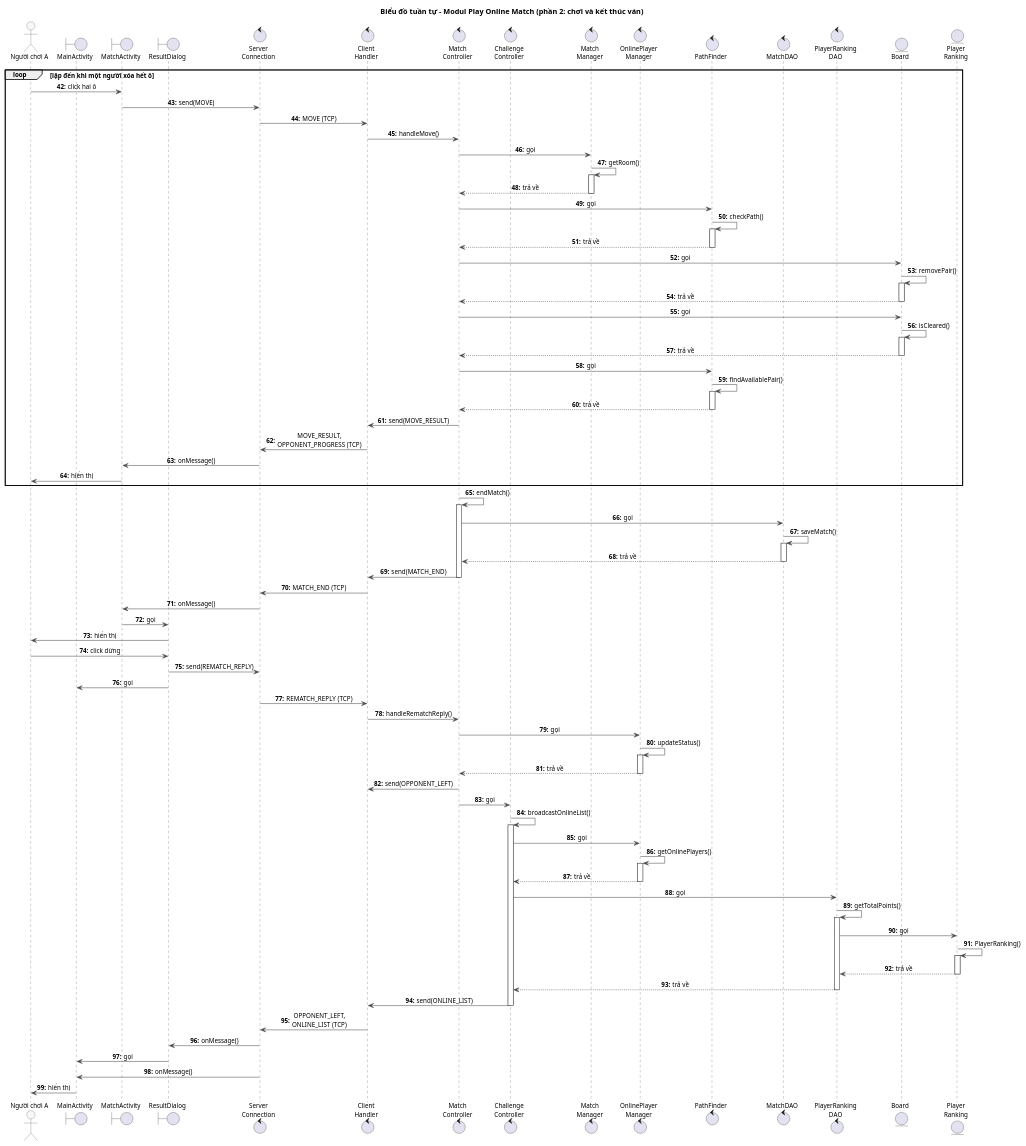
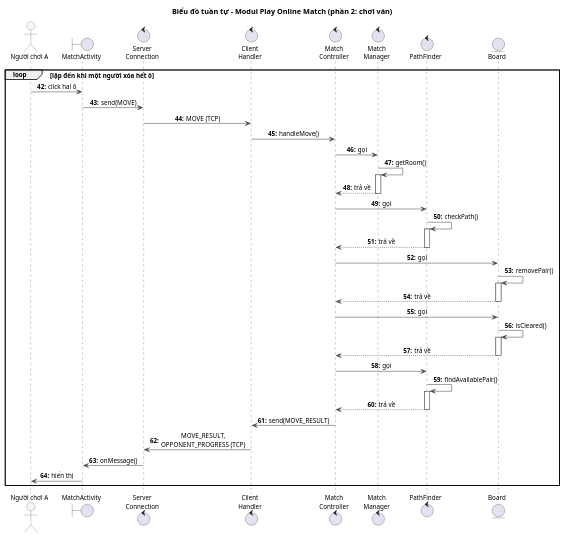
Before and after one commit to VattenL/mobile-pikachu: the diagram in docs/uml/pha3/seq-m4-2.puml, drawn with PlantUML. The commit also changed 7 other files, not shown here.

First line of the commit message:
docs: use VP figures for Dev 2 and sequence diagrams for M2, M4

```diff
--- a/docs/uml/pha3/seq-m4-2.puml
+++ b/docs/uml/pha3/seq-m4-2.puml
@@ -1,119 +1,63 @@
 @startuml seq-m4-2
-title Biểu đồ tuần tự - Modul Play Online Match (phần 2: chơi và kết thúc ván)
+title Biểu đồ tuần tự - Modul Play Online Match (phần 2: chơi ván)
 
 skinparam shadowing false
 skinparam defaultFontSize 12
 skinparam sequenceMessageAlign center
 skinparam responseMessageBelowArrow true
 skinparam ArrowColor #4A4A4A
 skinparam sequence {
   LifeLineBorderColor #4A4A4A
   ParticipantBorderColor #4A4A4A
   ParticipantBackgroundColor #F7F7F7
   ActorBorderColor #4A4A4A
   ActorBackgroundColor #F7F7F7
 }
 autonumber "<b>0:"
 autonumber 42 "<b>0:"
 
 actor "Người chơi A" as A
-boundary MainActivity
 boundary MatchActivity
-boundary ResultDialog
 control "Server\nConnection" as ServerConnection
 control "Client\nHandler" as ClientHandler
 control "Match\nController" as MatchController
-control "Challenge\nController" as ChallengeController
 control "Match\nManager" as MatchManager
-control "OnlinePlayer\nManager" as OnlinePlayerManager
 control PathFinder
-control MatchDAO
-control "PlayerRanking\nDAO" as PlayerRankingDAO
 entity Board
-entity "Player\nRanking" as PlayerRanking
 
 loop lặp đến khi một người xóa hết ô
 A -> MatchActivity : click hai ô
 MatchActivity -> ServerConnection : send(MOVE)
 ServerConnection -> ClientHandler : MOVE (TCP)
 ClientHandler -> MatchController : handleMove()
 MatchController -> MatchManager : gọi
 MatchManager -> MatchManager : getRoom()
 activate MatchManager
 MatchManager --> MatchController : trả về
 deactivate MatchManager
 MatchController -> PathFinder : gọi
 PathFinder -> PathFinder : checkPath()
 activate PathFinder
 PathFinder --> MatchController : trả về
 deactivate PathFinder
 MatchController -> Board : gọi
 Board -> Board : removePair()
 activate Board
 Board --> MatchController : trả về
 deactivate Board
 MatchController -> Board : gọi
 Board -> Board : isCleared()
 activate Board
 Board --> MatchController : trả về
 deactivate Board
 MatchController -> PathFinder : gọi
 PathFinder -> PathFinder : findAvailablePair()
 activate PathFinder
 PathFinder --> MatchController : trả về
 deactivate PathFinder
 MatchController -> ClientHandler : send(MOVE_RESULT)
 ClientHandler -> ServerConnection : MOVE_RESULT,\nOPPONENT_PROGRESS (TCP)
 ServerConnection -> MatchActivity : onMessage()
 MatchActivity -> A : hiển thị
 end
-MatchController -> MatchController : endMatch()
-activate MatchController
-MatchController -> MatchDAO : gọi
-MatchDAO -> MatchDAO : saveMatch()
-activate MatchDAO
-MatchDAO --> MatchController : trả về
-deactivate MatchDAO
-MatchController -> ClientHandler : send(MATCH_END)
-deactivate MatchController
-ClientHandler -> ServerConnection : MATCH_END (TCP)
-ServerConnection -> MatchActivity : onMessage()
-MatchActivity -> ResultDialog : gọi
-ResultDialog -> A : hiển thị
-A -> ResultDialog : click dừng
-ResultDialog -> ServerConnection : send(REMATCH_REPLY)
-ResultDialog -> MainActivity : gọi
-ServerConnection -> ClientHandler : REMATCH_REPLY (TCP)
-ClientHandler -> MatchController : handleRematchReply()
-MatchController -> OnlinePlayerManager : gọi
-OnlinePlayerManager -> OnlinePlayerManager : updateStatus()
-activate OnlinePlayerManager
-OnlinePlayerManager --> MatchController : trả về
-deactivate OnlinePlayerManager
-MatchController -> ClientHandler : send(OPPONENT_LEFT)
-MatchController -> ChallengeController : gọi
-ChallengeController -> ChallengeController : broadcastOnlineList()
-activate ChallengeController
-ChallengeController -> OnlinePlayerManager : gọi
-OnlinePlayerManager -> OnlinePlayerManager : getOnlinePlayers()
-activate OnlinePlayerManager
-OnlinePlayerManager --> ChallengeController : trả về
-deactivate OnlinePlayerManager
-ChallengeController -> PlayerRankingDAO : gọi
-PlayerRankingDAO -> PlayerRankingDAO : getTotalPoints()
-activate PlayerRankingDAO
-PlayerRankingDAO -> PlayerRanking : gọi
-PlayerRanking -> PlayerRanking : PlayerRanking()
-activate PlayerRanking
-PlayerRanking --> PlayerRankingDAO : trả về
-deactivate PlayerRanking
-PlayerRankingDAO --> ChallengeController : trả về
-deactivate PlayerRankingDAO
-ChallengeController -> ClientHandler : send(ONLINE_LIST)
-deactivate ChallengeController
-ClientHandler -> ServerConnection : OPPONENT_LEFT,\nONLINE_LIST (TCP)
-ServerConnection -> ResultDialog : onMessage()
-ResultDialog -> MainActivity : gọi
-ServerConnection -> MainActivity : onMessage()
-MainActivity -> A : hiển thị
 @enduml
```
